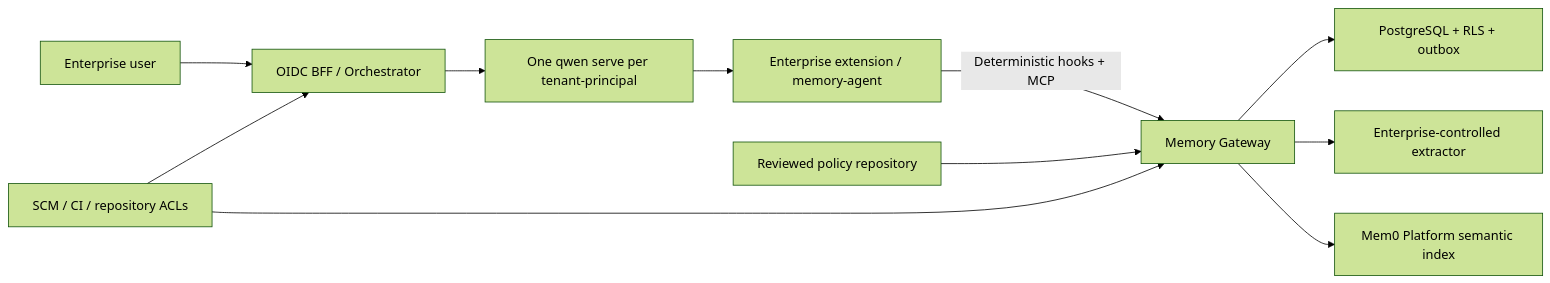
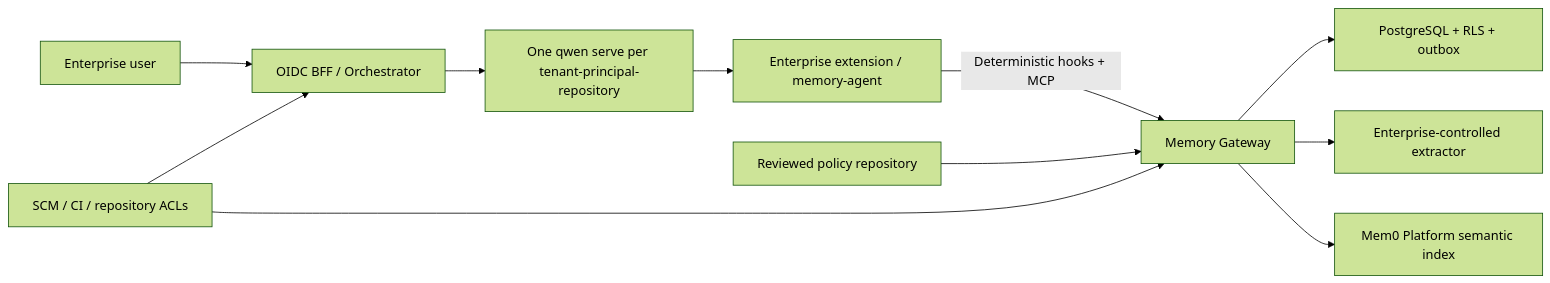
The first of 5 diagrams in qwen-code/feature/enterprise-multi-tenant-memory-gateway.md (doudouOUC/code_agent), drawn with Mermaid (forest theme) before and after one commit. The commit also changed other lines of this file, not shown here.

Commit message:
docs(qwen-code): harden enterprise memory gateway design

````diff
--- a/qwen-code/feature/enterprise-multi-tenant-memory-gateway.md
+++ b/qwen-code/feature/enterprise-multi-tenant-memory-gateway.md
@@ -19,13 +21,13 @@
 ```mermaid
 flowchart LR
     U["Enterprise user"] --> B["OIDC BFF / Orchestrator"]
-    B --> Q["One qwen serve per tenant-principal"]
+    B --> Q["One qwen serve per tenant-principal-repository"]
     Q --> A["Enterprise extension / memory-agent"]
     A -->|"Deterministic hooks + MCP"| G["Memory Gateway"]
     G --> P["PostgreSQL + RLS + outbox"]
     G --> X["Enterprise-controlled extractor"]
     G --> M["Mem0 Platform semantic index"]
     C["Reviewed policy repository"] --> G
     S["SCM / CI / repository ACLs"] --> B
     S --> G
 ```
````
